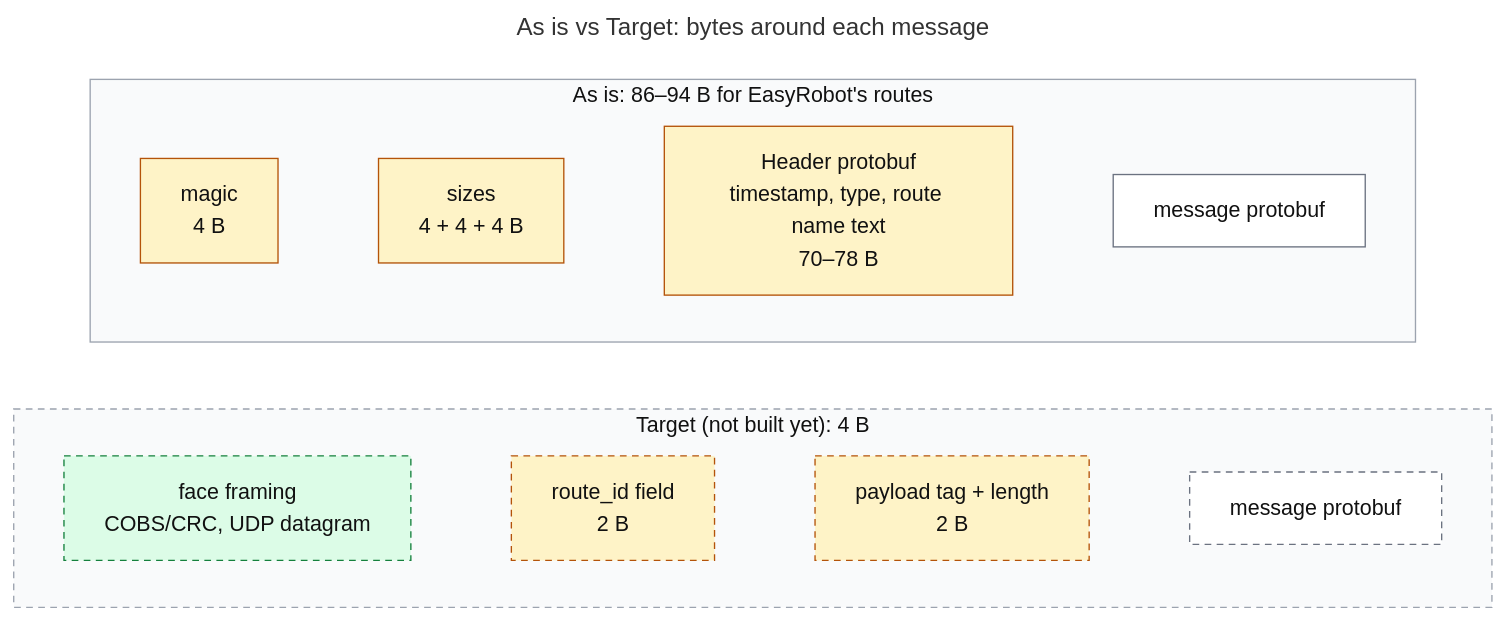
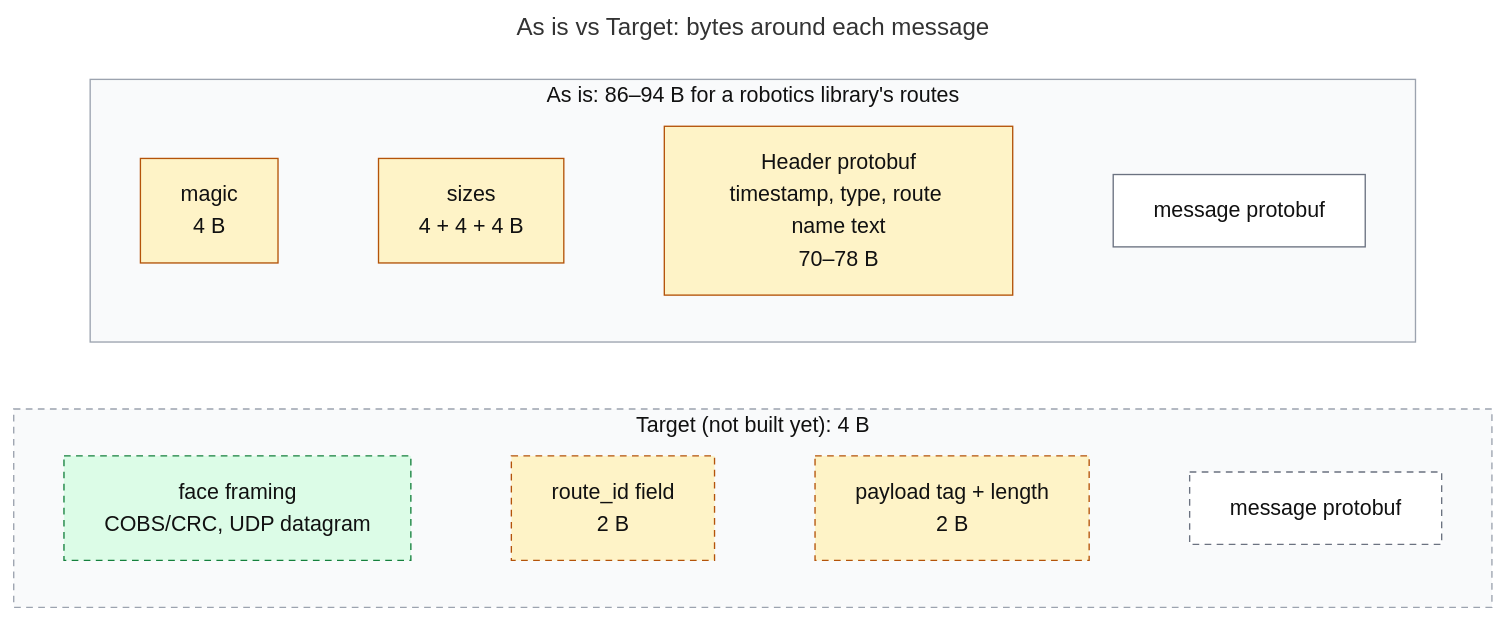
The fifth of 8 diagrams in docs/diagrams/core.md (itohio/dndm), drawn with Mermaid before and after one commit. The commit also changed other lines of this file and 20 other files, not shown here.

````diff
--- a/docs/diagrams/core.md
+++ b/docs/diagrams/core.md
@@ -104,25 +104,25 @@
 ```mermaid
 ---
 title: "As is vs Target: bytes around each message"
 ---
 flowchart TB
-    subgraph asis["As is: 86–94 B for EasyRobot's routes"]
+    subgraph asis["As is: 86–94 B for a robotics library's routes"]
         direction LR
         m1["magic<br/>4 B"]:::core ~~~ s1["sizes<br/>4 + 4 + 4 B"]:::core ~~~ h1["Header protobuf<br/>timestamp, type, route name text<br/>70–78 B"]:::core ~~~ p1["message protobuf"]:::field
     end
     subgraph tgt["Target (not built yet): 4 B"]
         direction LR
         f2["face framing<br/>COBS/CRC, UDP datagram"]:::linkT ~~~ r2["route_id field<br/>2 B"]:::coreT ~~~ l2["payload tag + length<br/>2 B"]:::coreT ~~~ p2["message protobuf"]:::fieldT
     end
     asis ~~~ tgt
 
     classDef core fill:#fef3c7,stroke:#b45309,color:#111
     classDef field fill:#ffffff,stroke:#6b7280,color:#111
     classDef coreT fill:#fef3c7,stroke:#b45309,color:#111,stroke-dasharray:5 4
     classDef fieldT fill:#ffffff,stroke:#6b7280,color:#111,stroke-dasharray:5 4
     classDef linkT fill:#dcfce7,stroke:#15803d,color:#111,stroke-dasharray:5 4
     classDef group fill:#f9fafb,stroke:#9ca3af,color:#111
     classDef groupT fill:#f9fafb,stroke:#9ca3af,color:#111,stroke-dasharray:5 4
     class asis group
     class tgt groupT
 ```
````
